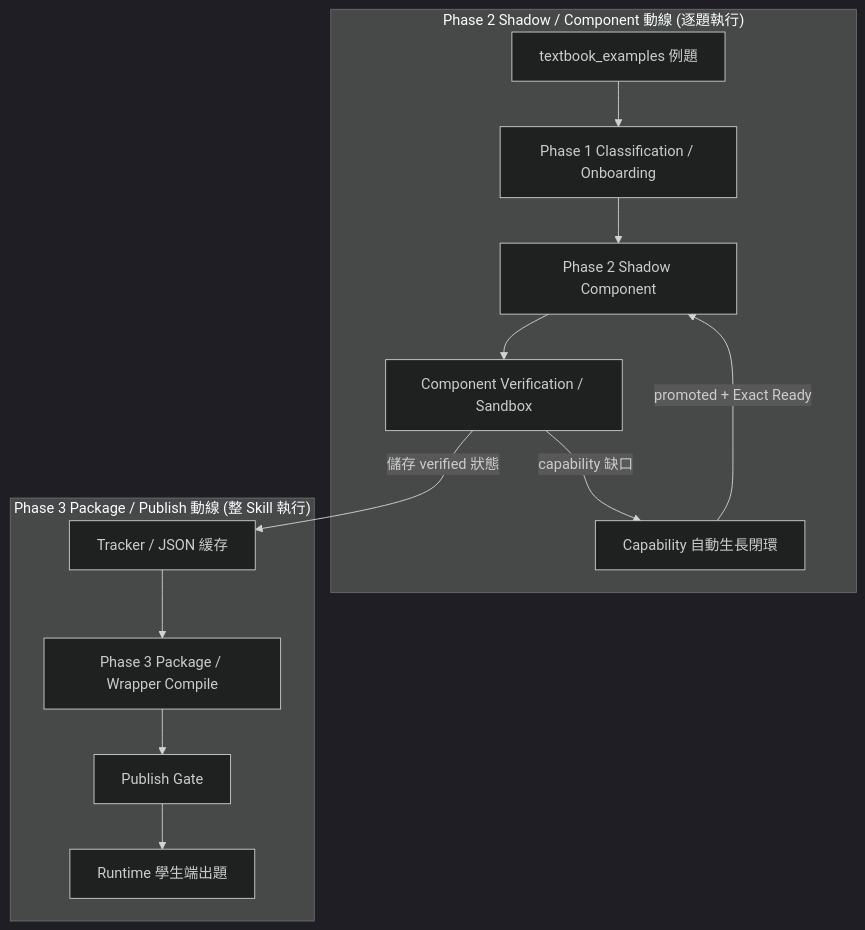
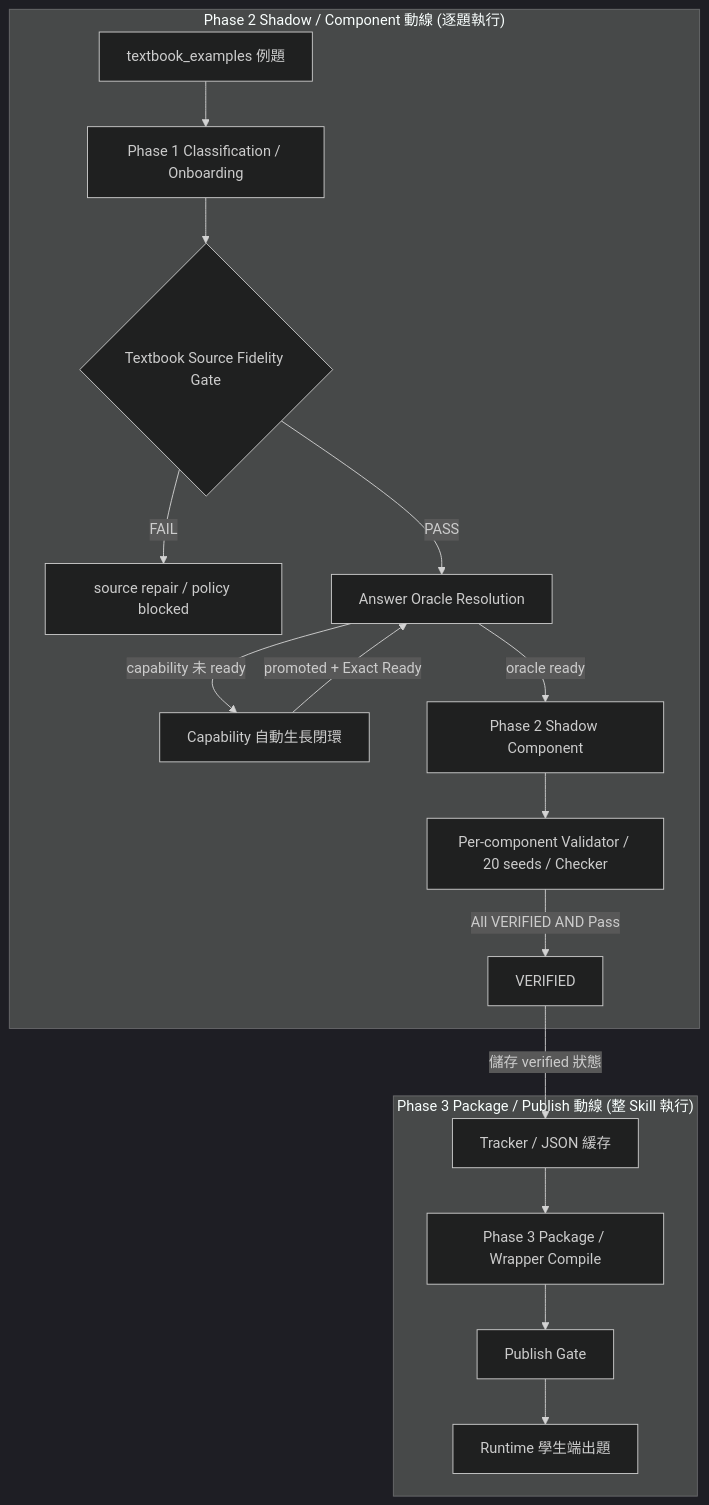
Before and after one commit to yyfsunnyboy/Mathproject_tvet_mathB: the first of 2 diagrams in docs/系統SOP/Gencode_AgentSkillV3整合/SOP_Gencode_AgentSkillV3_PipelineFlow.md, drawn with Mermaid (dark theme). The commit also changed other lines of this file and 117 other files, not shown here.

````diff
--- a/docs/系統SOP/Gencode_AgentSkillV3整合/SOP_Gencode_AgentSkillV3_PipelineFlow.md
+++ b/docs/系統SOP/Gencode_AgentSkillV3整合/SOP_Gencode_AgentSkillV3_PipelineFlow.md
@@ -51,17 +54,21 @@
 ```mermaid
 graph TD
     subgraph FlowA["Phase 2 Shadow / Component 動線 (逐題執行)"]
         Src[textbook_examples 例題] --> P1[Phase 1 Classification / Onboarding]
-        P1 --> P2[Phase 2 Shadow Component]
-        P2 --> P25[Component Verification / Sandbox]
-        P25 -->|capability 缺口| CapGrow[Capability 自動生長閉環]
-        CapGrow -->|promoted + Exact Ready| P2
+        P1 --> P2SrcFid{Textbook Source Fidelity Gate}
+        P2SrcFid -->|FAIL| SrcRepair[source repair / policy blocked]
+        P2SrcFid -->|PASS| P2Oracle[Answer Oracle Resolution]
+        P2Oracle -->|capability 未 ready| CapGrow[Capability 自動生長閉環]
+        CapGrow -->|promoted + Exact Ready| P2Oracle
+        P2Oracle -->|oracle ready| P2[Phase 2 Shadow Component]
+        P2 --> P25[Per-component Validator / 20 seeds / Checker]
+        P25 -->|All VERIFIED AND Pass| Verified[VERIFIED]
     end
     
     subgraph FlowB["Phase 3 Package / Publish 動線 (整 Skill 執行)"]
-        P25 -->|儲存 verified 狀態| Track[Tracker / JSON 緩存]
+        Verified -->|儲存 verified 狀態| Track[Tracker / JSON 緩存]
         Track --> P3[Phase 3 Package / Wrapper Compile]
         P3 --> Gate[Publish Gate]
         Gate --> Run[Runtime 學生端出題]
     end
 ```
````
